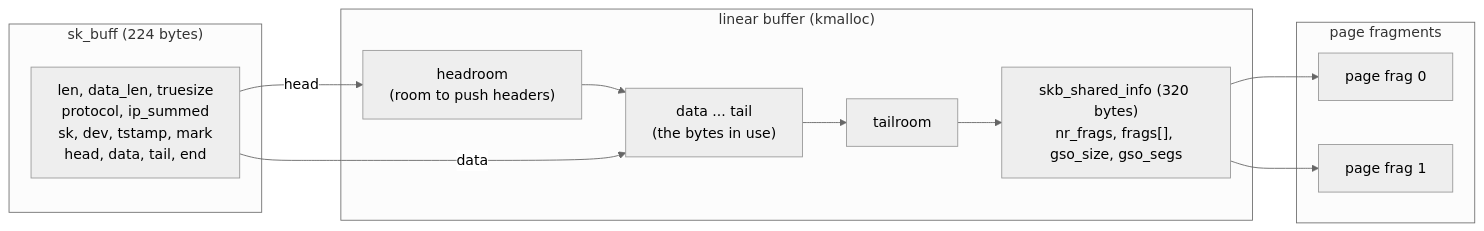
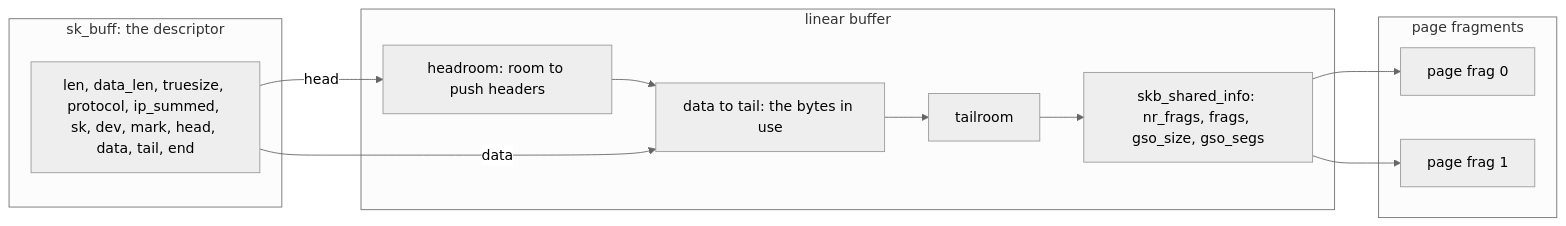
The second of 4 diagrams in 07_networking/06_linux_network_stack.md (Princeahrwar/Study), drawn with Mermaid (neutral theme) before and after one commit. The commit also changed other lines of this file, not shown here.

````diff
--- a/07_networking/06_linux_network_stack.md
+++ b/07_networking/06_linux_network_stack.md
@@ -82,17 +65,17 @@
 ```mermaid
 flowchart LR
-  subgraph desc["sk_buff (224 bytes)"]
-    F["len, data_len, truesize<br/>protocol, ip_summed<br/>sk, dev, tstamp, mark<br/>head, data, tail, end"]
+  subgraph desc["sk_buff: the descriptor"]
+    F["len, data_len, truesize, protocol, ip_summed, sk, dev, mark, head, data, tail, end"]
   end
-  subgraph buf["linear buffer (kmalloc)"]
-    H["headroom<br/>(room to push headers)"] --> D["data ... tail<br/>(the bytes in use)"] --> T["tailroom"] --> S["skb_shared_info (320 bytes)<br/>nr_frags, frags[], gso_size, gso_segs"]
+  subgraph buf["linear buffer"]
+    H["headroom: room to push headers"] --> D["data to tail: the bytes in use"] --> T["tailroom"] --> S["skb_shared_info: nr_frags, frags, gso_size, gso_segs"]
   end
   subgraph pages["page fragments"]
     P1["page frag 0"]
     P2["page frag 1"]
   end
   F -->|head| H
   F -->|data| D
   S --> P1
   S --> P2
 ```
````
